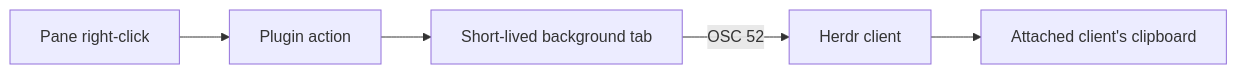
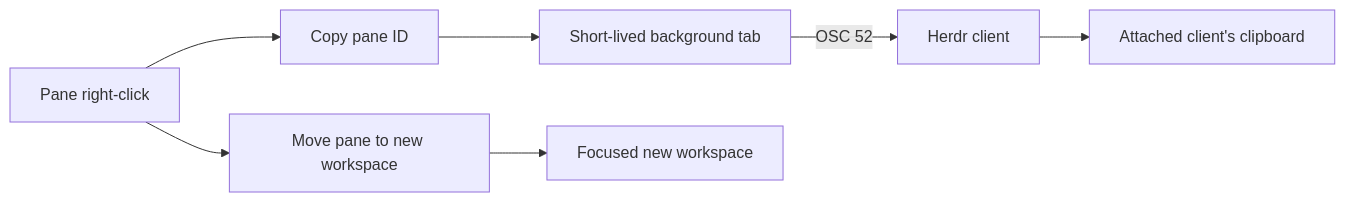
The diagram in herdr-plugins/copy-pane-id/README.md (unphased/vim-config), drawn with Mermaid before and after one commit. The commit also changed other lines of this file and 5 other files, not shown here.

Commit message:
Add pane menu action for new Herdr workspace

````diff
--- a/herdr-plugins/copy-pane-id/README.md
+++ b/herdr-plugins/copy-pane-id/README.md
@@ -5,7 +5,9 @@
 ```mermaid
 flowchart LR
-    Menu[Pane right-click] --> Action[Plugin action]
-    Action --> Pane[Short-lived background tab]
-    Pane -->|OSC 52| Herdr[Herdr client]
+    Menu[Pane right-click] --> Copy[Copy pane ID]
+    Copy --> Background[Short-lived background tab]
+    Background -->|OSC 52| Herdr[Herdr client]
     Herdr --> Clipboard[Attached client's clipboard]
+    Menu --> Move[Move pane to new workspace]
+    Move --> NewWorkspace[Focused new workspace]
 ```
````
